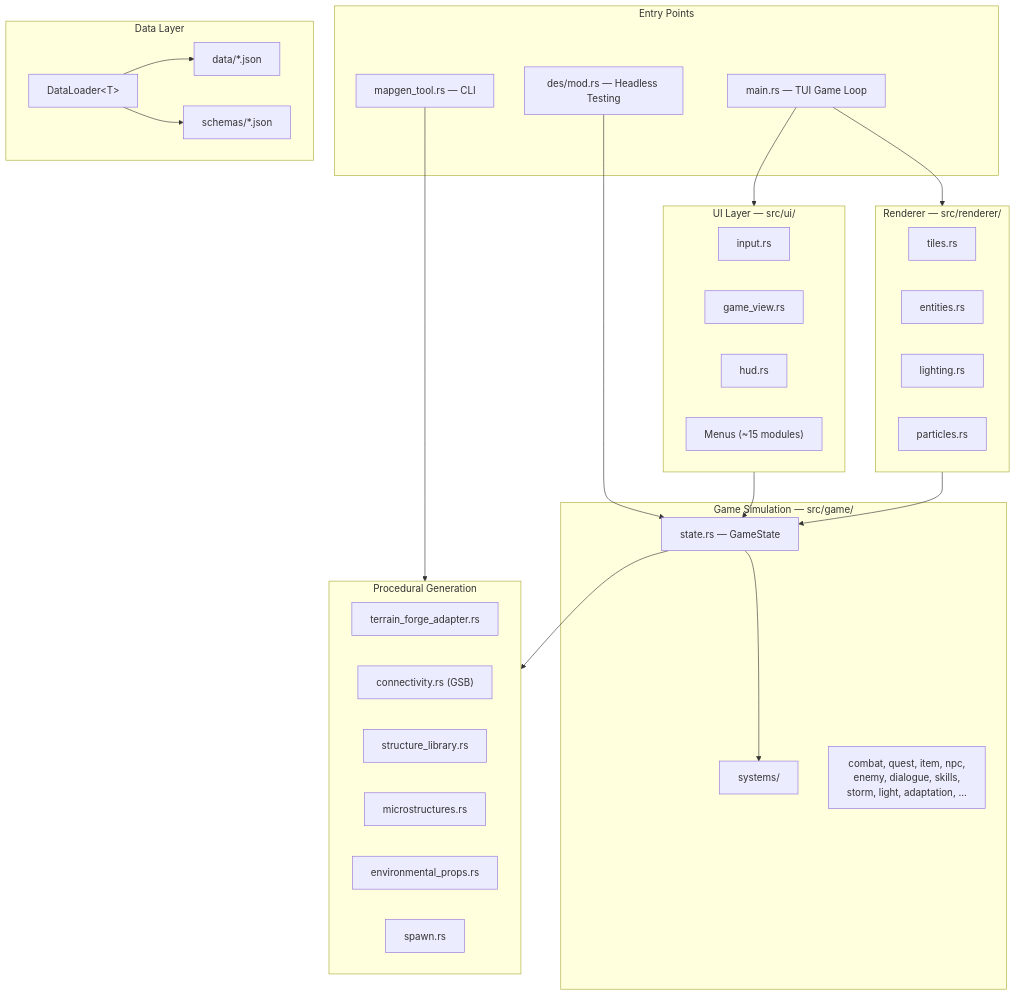
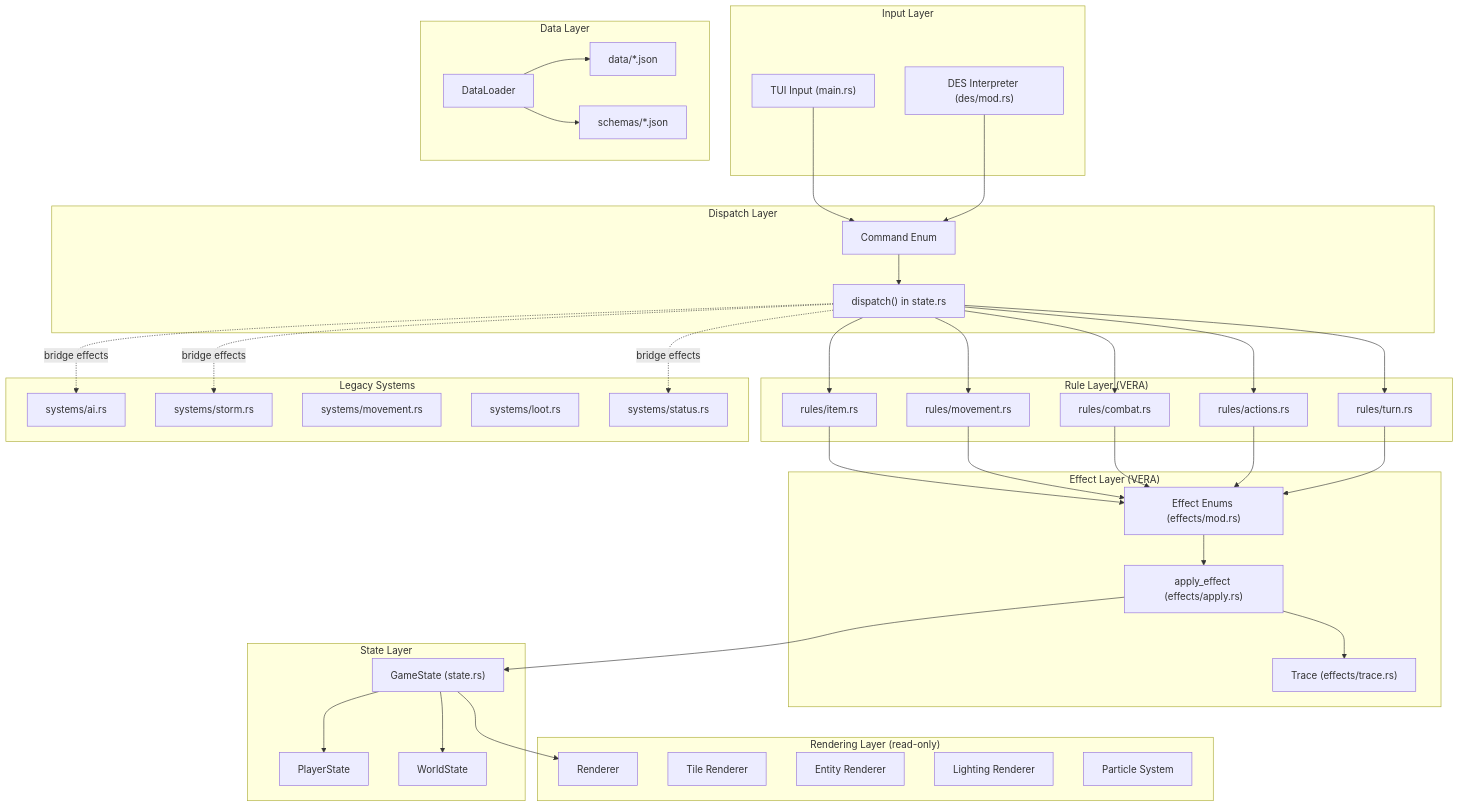
The first of 6 diagrams in .agents/summary/architecture.md (EliasVahlberg/saltglass-steppe), drawn with Mermaid before and after one commit. The commit also changed other lines of this file and 16 other files, not shown here.

First line of the commit message:
feat: DES effect assertions — effect_occurred, effect_not_occurred, effect_count

````diff
--- a/.agents/summary/architecture.md
+++ b/.agents/summary/architecture.md
@@ -5,52 +9,68 @@
 ```mermaid
 graph TB
-    subgraph Entry["Entry Points"]
-        Main["main.rs — TUI Game Loop"]
-        MapGen["mapgen_tool.rs — CLI"]
-        DES["des/mod.rs — Headless Testing"]
+    subgraph "Input Layer"
+        TUI["TUI Input (main.rs)"]
+        DES["DES Interpreter (des/mod.rs)"]
     end
 
-    subgraph UI["UI Layer — src/ui/"]
-        Input["input.rs"]
-        GameView["game_view.rs"]
-        HUD["hud.rs"]
-        Menus["Menus (~15 modules)"]
+    subgraph "Dispatch Layer"
+        CMD["Command Enum"]
+        DISP["dispatch() in state.rs"]
     end
 
-    subgraph Renderer["Renderer — src/renderer/"]
-        Tiles["tiles.rs"]
-        Entities["entities.rs"]
-        Lighting["lighting.rs"]
-        Particles["particles.rs"]
+    subgraph "Rule Layer (VERA)"
+        RI["rules/item.rs"]
+        RM["rules/movement.rs"]
+        RC["rules/combat.rs"]
+        RA["rules/actions.rs"]
+        RT["rules/turn.rs"]
     end
 
-    subgraph Core["Game Simulation — src/game/"]
-        State["state.rs — GameState"]
-        Systems["systems/"]
-        Content["combat, quest, item, npc,<br/>enemy, dialogue, skills,<br/>storm, light, adaptation, ..."]
+    subgraph "Effect Layer (VERA)"
+        EFF["Effect Enums (effects/mod.rs)"]
+        APP["apply_effect (effects/apply.rs)"]
+        TRC["Trace (effects/trace.rs)"]
     end
 
-    subgraph Gen["Procedural Generation"]
-        TFA["terrain_forge_adapter.rs"]
-        Conn["connectivity.rs (GSB)"]
-        Struct["structure_library.rs"]
-        Micro["microstructures.rs"]
-        EnvProps["environmental_props.rs"]
-        Spawn["spawn.rs"]
+    subgraph "Legacy Systems"
+        AI["systems/ai.rs"]
+        STM["systems/storm.rs"]
+        MOV["systems/movement.rs"]
+        LOT["systems/loot.rs"]
+        STS["systems/status.rs"]
     end
 
-    subgraph Data["Data Layer"]
-        JSON["data/*.json"]
-        Schemas["schemas/*.json"]
-        DataLoader["DataLoader&lt;T&gt;"]
+    subgraph "State Layer"
+        GS["GameState (state.rs)"]
+        PS["PlayerState"]
+        WS["WorldState"]
     end
 
-    Main --> UI --> State
-    Main --> Renderer --> State
-    DES --> State
-    MapGen --> Gen
-    State --> Systems
-    State --> Gen
-    DataLoader --> JSON
-    DataLoader --> Schemas
+    subgraph "Rendering Layer (read-only)"
+        REN["Renderer"]
+        TILE["Tile Renderer"]
+        ENT["Entity Renderer"]
+        LIT["Lighting Renderer"]
+        PART["Particle System"]
+    end
+
+    subgraph "Data Layer"
+        JSON["data/*.json"]
+        SCH["schemas/*.json"]
+        DL["DataLoader"]
+    end
+
+    TUI --> CMD
+    DES --> CMD
+    CMD --> DISP
+    DISP --> RI & RM & RC & RA & RT
+    RI & RM & RC & RA & RT --> EFF
+    EFF --> APP
+    APP --> GS
+    APP --> TRC
+    DISP -.->|bridge effects| AI & STM & STS
+    GS --> PS & WS
+    GS --> REN
+    DL --> JSON
+    DL --> SCH
 ```
````
